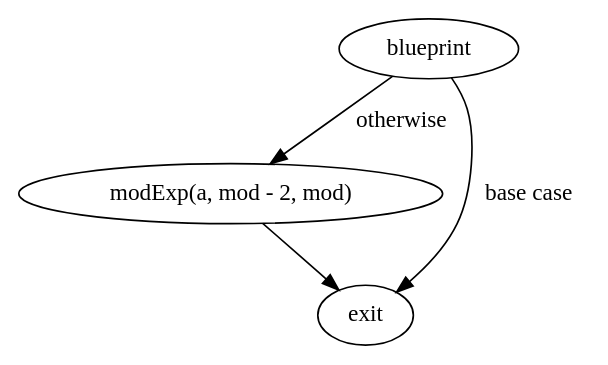
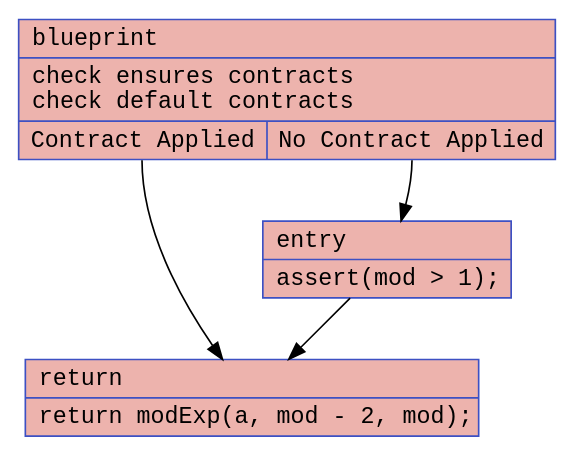
Before and after one commit to twanman1412/blueprintScript: the first of 4 diagrams in examples/mod_inverse/mod_inverse.md, drawn with Graphviz. The commit also changed other lines of this file and 58 other files, not shown here.

````diff
--- a/examples/mod_inverse/mod_inverse.md
+++ b/examples/mod_inverse/mod_inverse.md
@@ -6,11 +4,12 @@
 ```dot
 digraph "CFG for modInverse" {
-    blueprint [label="blueprint"];
-    body [label="modExp(a, mod - 2, mod)"];
-    exit [label="exit"];
+	blueprint [shape=record, color="#3d50c3ff", style=filled, fillcolor="#d6524470", fontname="Courier", label="{blueprint\l|check ensures contracts\lcheck default contracts\l|{<s0>Contract Applied|<s1>No Contract Applied}}"];
+	blueprint:s0 -> ret;
+	blueprint:s1 -> entry;
 
-    blueprint -> body [label="otherwise"];
-    blueprint -> exit [label="base case"];
-    body -> exit;
+	entry [shape=record, color="#3d50c3ff", style=filled, fillcolor="#d6524470", fontname="Courier", label="{entry\l|assert(mod \> 1);\l}"];
+	entry -> ret;
+
+	ret [shape=record, color="#3d50c3ff", style=filled, fillcolor="#d6524470", fontname="Courier", label="{return\l|return modExp(a, mod - 2, mod);\l}"];
 }
 ```
````
